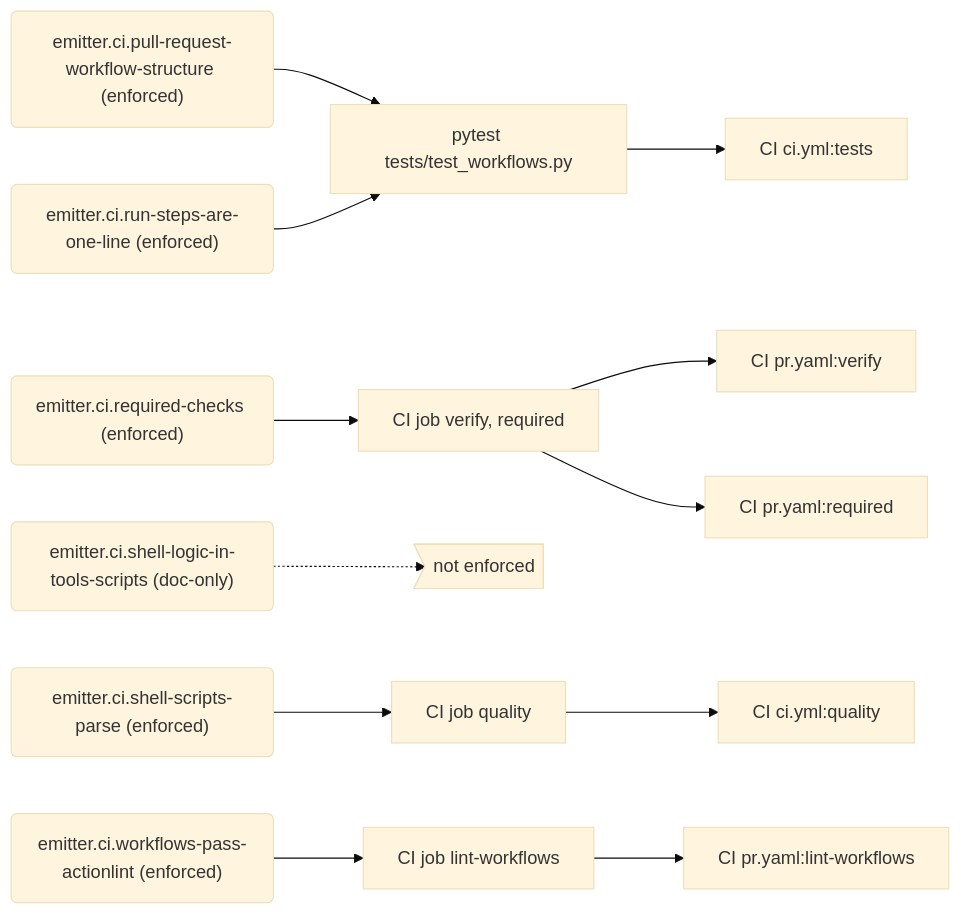
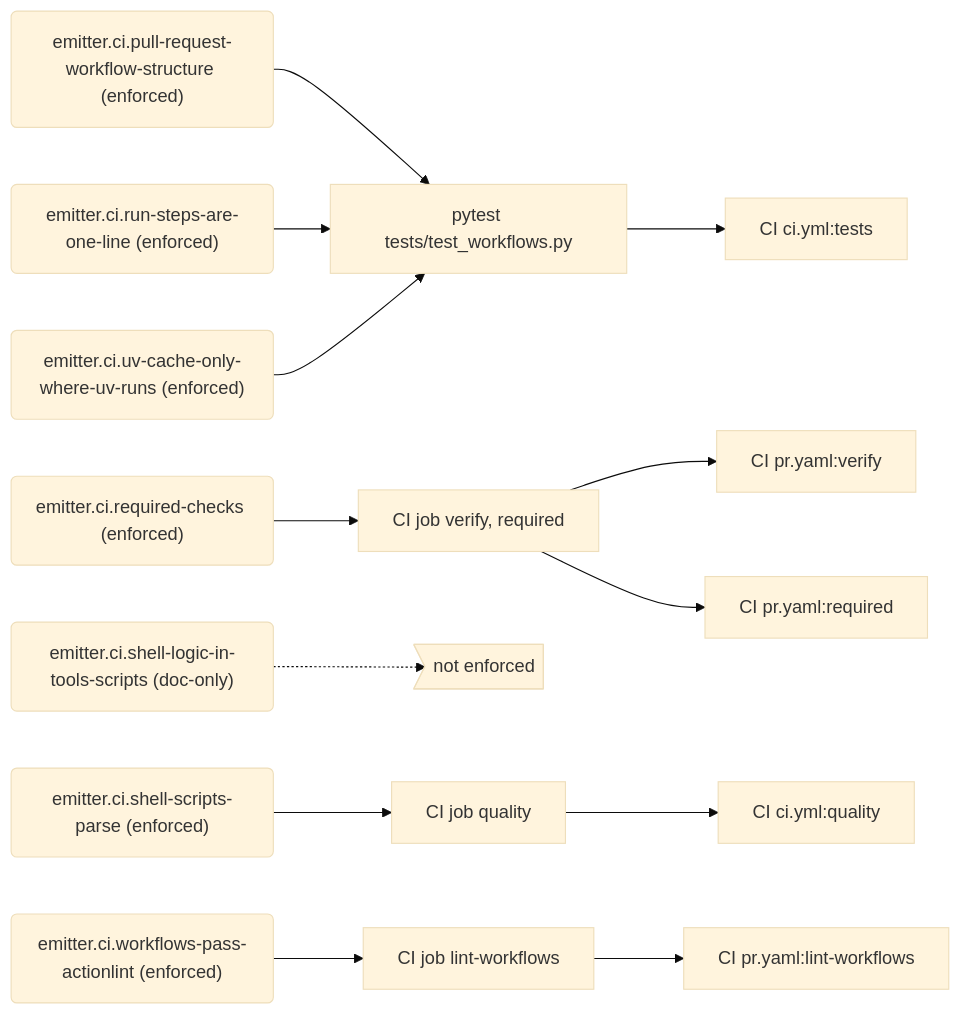
The eighth of 9 diagrams in docs/generated/rules.md (PolicyEngine/local-services), drawn with Mermaid (base theme) before and after one commit. The commit also changed other lines of this file and 3 other files, not shown here.

First line of the commit message:
Test that setup-uv caches only in jobs that always run uv

````diff
--- a/docs/generated/rules.md
+++ b/docs/generated/rules.md
@@ -319,30 +321,32 @@
 ```mermaid
 flowchart LR
   r_emitter_ci_pull_request_workflow_structure("emitter.ci.pull-request-workflow-structure (enforced)")
   e_pytest_tests_test_workflows_py["pytest tests/test_workflows.py"]
   j_CI_ci_yml_tests["CI ci.yml:tests"]
   r_emitter_ci_required_checks("emitter.ci.required-checks (enforced)")
   e_CI_job_verify__required["CI job verify, required"]
   j_CI_pr_yaml_verify["CI pr.yaml:verify"]
   j_CI_pr_yaml_required["CI pr.yaml:required"]
   r_emitter_ci_run_steps_are_one_line("emitter.ci.run-steps-are-one-line (enforced)")
   r_emitter_ci_shell_logic_in_tools_scripts("emitter.ci.shell-logic-in-tools-scripts (doc-only)")
   gap_unenforced>"not enforced"]
   r_emitter_ci_shell_scripts_parse("emitter.ci.shell-scripts-parse (enforced)")
   e_CI_job_quality["CI job quality"]
   j_CI_ci_yml_quality["CI ci.yml:quality"]
+  r_emitter_ci_uv_cache_only_where_uv_runs("emitter.ci.uv-cache-only-where-uv-runs (enforced)")
   r_emitter_ci_workflows_pass_actionlint("emitter.ci.workflows-pass-actionlint (enforced)")
   e_CI_job_lint_workflows["CI job lint-workflows"]
   j_CI_pr_yaml_lint_workflows["CI pr.yaml:lint-workflows"]
   r_emitter_ci_pull_request_workflow_structure --> e_pytest_tests_test_workflows_py
   e_pytest_tests_test_workflows_py --> j_CI_ci_yml_tests
   r_emitter_ci_required_checks --> e_CI_job_verify__required
   e_CI_job_verify__required --> j_CI_pr_yaml_verify
   e_CI_job_verify__required --> j_CI_pr_yaml_required
   r_emitter_ci_run_steps_are_one_line --> e_pytest_tests_test_workflows_py
   r_emitter_ci_shell_logic_in_tools_scripts -.-> gap_unenforced
   r_emitter_ci_shell_scripts_parse --> e_CI_job_quality
   e_CI_job_quality --> j_CI_ci_yml_quality
+  r_emitter_ci_uv_cache_only_where_uv_runs --> e_pytest_tests_test_workflows_py
   r_emitter_ci_workflows_pass_actionlint --> e_CI_job_lint_workflows
   e_CI_job_lint_workflows --> j_CI_pr_yaml_lint_workflows
 ```
````
